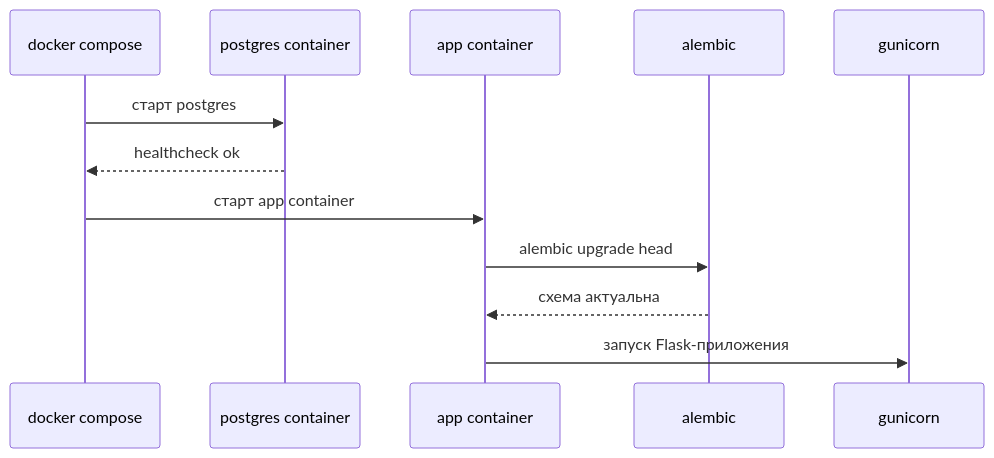
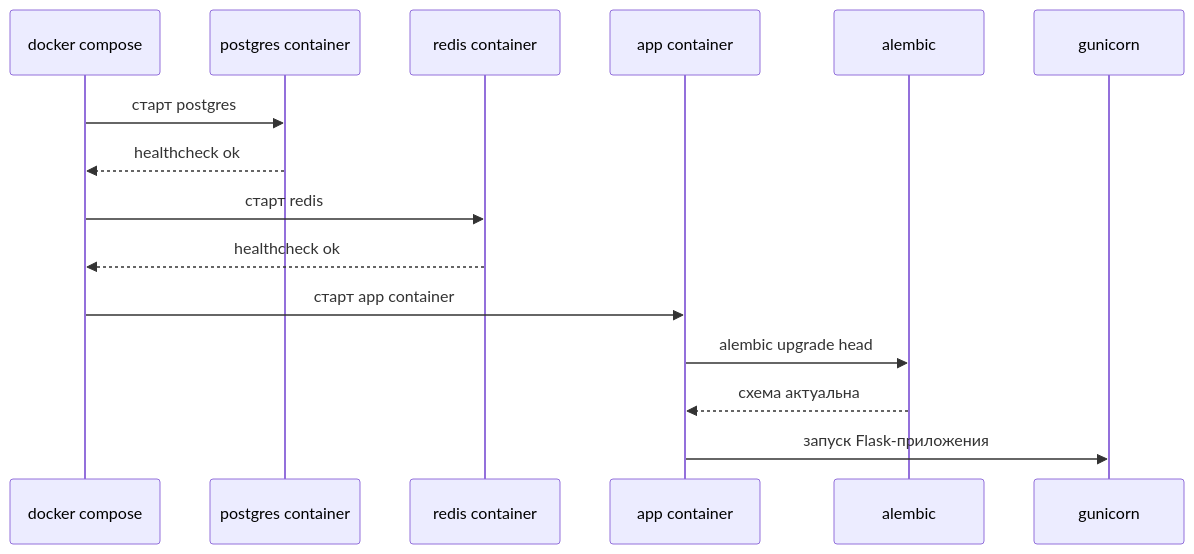
The second of 2 diagrams in docs/deployment/overview.md (serega20112/Anime-Epic-Moments), drawn with Mermaid before and after one commit. The commit also changed other lines of this file and 27 other files, not shown here.

````diff
--- a/docs/deployment/overview.md
+++ b/docs/deployment/overview.md
@@ -27,15 +29,18 @@
 ```mermaid
 sequenceDiagram
     participant C as docker compose
     participant P as postgres container
+    participant R as redis container
     participant A as app container
     participant M as alembic
     participant G as gunicorn
 
     C->>P: старт postgres
     P-->>C: healthcheck ok
+    C->>R: старт redis
+    R-->>C: healthcheck ok
     C->>A: старт app container
     A->>M: alembic upgrade head
     M-->>A: схема актуальна
     A->>G: запуск Flask-приложения
 ```
````
